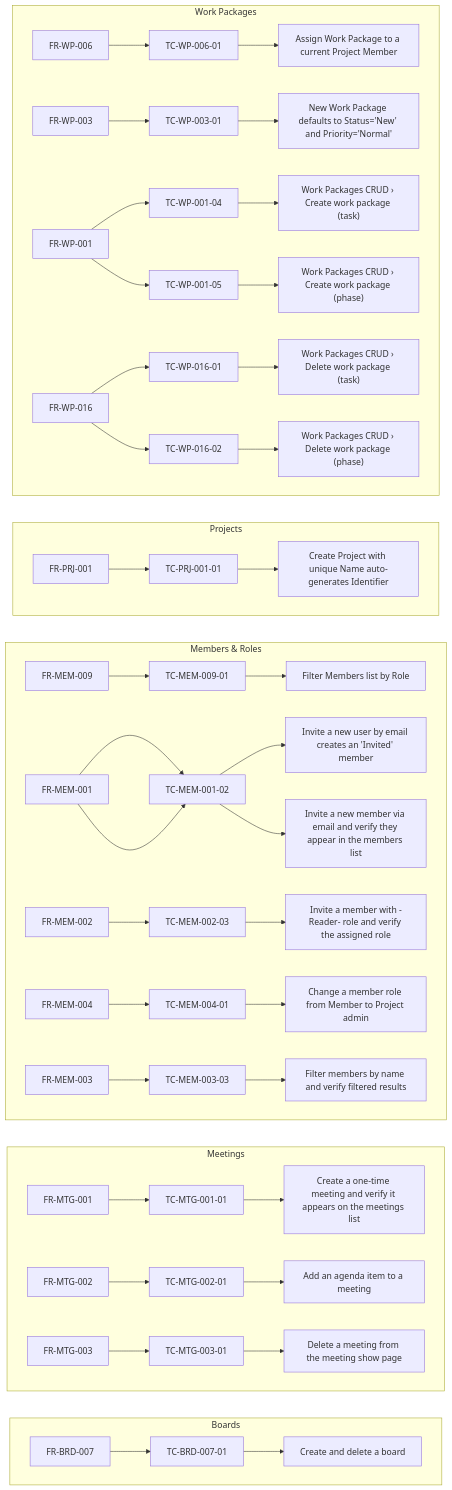
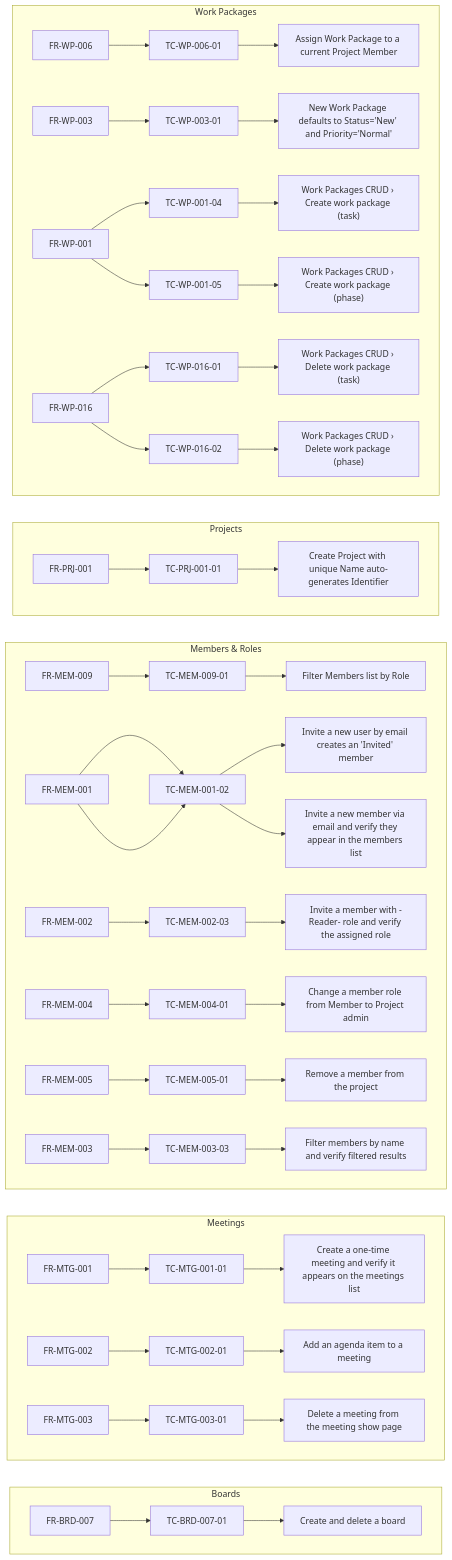
One commit to Top-Q/playwright-typescript changed the fourth of 4 diagrams in specs/product/vault/Dashboard.md. Above: the diagram before and after it, drawn with Mermaid. The commit also changed other lines of this file and 19 other files, not shown here.

First line of the commit message:
feat: removed member loses Member permissions; admin users page objects

````diff
--- a/specs/product/vault/Dashboard.md
+++ b/specs/product/vault/Dashboard.md
@@ -66,36 +66,37 @@
 ```mermaid
 flowchart LR
     subgraph M_boards["Boards"]
         direction LR
         R_FR_BRD_007["FR-BRD-007"] --> C_TC_BRD_007_01["TC-BRD-007-01"] --> T_Create_and_delete_a_board["Create and delete a board"]
     end
     subgraph M_meetings["Meetings"]
         direction LR
         R_FR_MTG_001["FR-MTG-001"] --> C_TC_MTG_001_01["TC-MTG-001-01"] --> T_Create_a_one_time_meeting_and_verify_it_appears_on_the_meetings_list["Create a one-time meeting and verify it appears on the meetings list"]
         R_FR_MTG_002["FR-MTG-002"] --> C_TC_MTG_002_01["TC-MTG-002-01"] --> T_Add_an_agenda_item_to_a_meeting["Add an agenda item to a meeting"]
         R_FR_MTG_003["FR-MTG-003"] --> C_TC_MTG_003_01["TC-MTG-003-01"] --> T_Delete_a_meeting_from_the_meeting_show_page["Delete a meeting from the meeting show page"]
     end
     subgraph M_members_roles["Members & Roles"]
         direction LR
         R_FR_MEM_009["FR-MEM-009"] --> C_TC_MEM_009_01["TC-MEM-009-01"] --> T_Filter_Members_list_by_Role["Filter Members list by Role"]
         R_FR_MEM_001["FR-MEM-001"] --> C_TC_MEM_001_02["TC-MEM-001-02"] --> T_Invite_a_new_user_by_email_creates_an__Invited__member["Invite a new user by email creates an 'Invited' member"]
         R_FR_MEM_001["FR-MEM-001"] --> C_TC_MEM_001_02["TC-MEM-001-02"] --> T_Invite_a_new_member_via_email_and_verify_they_appear_in_the_members_list["Invite a new member via email and verify they appear in the members list"]
         R_FR_MEM_002["FR-MEM-002"] --> C_TC_MEM_002_03["TC-MEM-002-03"] --> T_Invite_a_member_with__Reader__role_and_verify_the_assigned_role["Invite a member with -Reader- role and verify the assigned role"]
         R_FR_MEM_004["FR-MEM-004"] --> C_TC_MEM_004_01["TC-MEM-004-01"] --> T_Change_a_member_role_from_Member_to_Project_admin["Change a member role from Member to Project admin"]
+        R_FR_MEM_005["FR-MEM-005"] --> C_TC_MEM_005_01["TC-MEM-005-01"] --> T_Remove_a_member_from_the_project["Remove a member from the project"]
         R_FR_MEM_003["FR-MEM-003"] --> C_TC_MEM_003_03["TC-MEM-003-03"] --> T_Filter_members_by_name_and_verify_filtered_results["Filter members by name and verify filtered results"]
     end
     subgraph M_projects["Projects"]
         direction LR
         R_FR_PRJ_001["FR-PRJ-001"] --> C_TC_PRJ_001_01["TC-PRJ-001-01"] --> T_Create_Project_with_unique_Name_auto_generates_Identifier["Create Project with unique Name auto-generates Identifier"]
     end
     subgraph M_work_packages["Work Packages"]
         direction LR
         R_FR_WP_006["FR-WP-006"] --> C_TC_WP_006_01["TC-WP-006-01"] --> T_Assign_Work_Package_to_a_current_Project_Member["Assign Work Package to a current Project Member"]
         R_FR_WP_003["FR-WP-003"] --> C_TC_WP_003_01["TC-WP-003-01"] --> T_New_Work_Package_defaults_to_Status__New__and_Priority__Normal_["New Work Package defaults to Status='New' and Priority='Normal'"]
         R_FR_WP_001["FR-WP-001"] --> C_TC_WP_001_04["TC-WP-001-04"] --> T_Work_Packages_CRUD___Create_work_package__task_["Work Packages CRUD › Create work package (task)"]
         R_FR_WP_016["FR-WP-016"] --> C_TC_WP_016_01["TC-WP-016-01"] --> T_Work_Packages_CRUD___Delete_work_package__task_["Work Packages CRUD › Delete work package (task)"]
         R_FR_WP_001["FR-WP-001"] --> C_TC_WP_001_05["TC-WP-001-05"] --> T_Work_Packages_CRUD___Create_work_package__phase_["Work Packages CRUD › Create work package (phase)"]
         R_FR_WP_016["FR-WP-016"] --> C_TC_WP_016_02["TC-WP-016-02"] --> T_Work_Packages_CRUD___Delete_work_package__phase_["Work Packages CRUD › Delete work package (phase)"]
     end
-    class R_FR_BRD_007,C_TC_BRD_007_01,T_Create_and_delete_a_board,R_FR_MTG_001,C_TC_MTG_001_01,T_Create_a_one_time_meeting_and_verify_it_appears_on_the_meetings_list,R_FR_MTG_002,C_TC_MTG_002_01,T_Add_an_agenda_item_to_a_meeting,R_FR_MTG_003,C_TC_MTG_003_01,T_Delete_a_meeting_from_the_meeting_show_page,R_FR_MEM_009,C_TC_MEM_009_01,T_Filter_Members_list_by_Role,R_FR_MEM_001,C_TC_MEM_001_02,T_Invite_a_new_user_by_email_creates_an__Invited__member,T_Invite_a_new_member_via_email_and_verify_they_appear_in_the_members_list,R_FR_MEM_002,C_TC_MEM_002_03,T_Invite_a_member_with__Reader__role_and_verify_the_assigned_role,R_FR_MEM_004,C_TC_MEM_004_01,T_Change_a_member_role_from_Member_to_Project_admin,R_FR_MEM_003,C_TC_MEM_003_03,T_Filter_members_by_name_and_verify_filtered_results,R_FR_PRJ_001,C_TC_PRJ_001_01,T_Create_Project_with_unique_Name_auto_generates_Identifier,R_FR_WP_006,C_TC_WP_006_01,T_Assign_Work_Package_to_a_current_Project_Member,R_FR_WP_003,C_TC_WP_003_01,T_New_Work_Package_defaults_to_Status__New__and_Priority__Normal_,R_FR_WP_001,C_TC_WP_001_04,T_Work_Packages_CRUD___Create_work_package__task_,R_FR_WP_016,C_TC_WP_016_01,T_Work_Packages_CRUD___Delete_work_package__task_,C_TC_WP_001_05,T_Work_Packages_CRUD___Create_work_package__phase_,C_TC_WP_016_02,T_Work_Packages_CRUD___Delete_work_package__phase_ internal-link;
+    class R_FR_BRD_007,C_TC_BRD_007_01,T_Create_and_delete_a_board,R_FR_MTG_001,C_TC_MTG_001_01,T_Create_a_one_time_meeting_and_verify_it_appears_on_the_meetings_list,R_FR_MTG_002,C_TC_MTG_002_01,T_Add_an_agenda_item_to_a_meeting,R_FR_MTG_003,C_TC_MTG_003_01,T_Delete_a_meeting_from_the_meeting_show_page,R_FR_MEM_009,C_TC_MEM_009_01,T_Filter_Members_list_by_Role,R_FR_MEM_001,C_TC_MEM_001_02,T_Invite_a_new_user_by_email_creates_an__Invited__member,T_Invite_a_new_member_via_email_and_verify_they_appear_in_the_members_list,R_FR_MEM_002,C_TC_MEM_002_03,T_Invite_a_member_with__Reader__role_and_verify_the_assigned_role,R_FR_MEM_004,C_TC_MEM_004_01,T_Change_a_member_role_from_Member_to_Project_admin,R_FR_MEM_005,C_TC_MEM_005_01,T_Remove_a_member_from_the_project,R_FR_MEM_003,C_TC_MEM_003_03,T_Filter_members_by_name_and_verify_filtered_results,R_FR_PRJ_001,C_TC_PRJ_001_01,T_Create_Project_with_unique_Name_auto_generates_Identifier,R_FR_WP_006,C_TC_WP_006_01,T_Assign_Work_Package_to_a_current_Project_Member,R_FR_WP_003,C_TC_WP_003_01,T_New_Work_Package_defaults_to_Status__New__and_Priority__Normal_,R_FR_WP_001,C_TC_WP_001_04,T_Work_Packages_CRUD___Create_work_package__task_,R_FR_WP_016,C_TC_WP_016_01,T_Work_Packages_CRUD___Delete_work_package__task_,C_TC_WP_001_05,T_Work_Packages_CRUD___Create_work_package__phase_,C_TC_WP_016_02,T_Work_Packages_CRUD___Delete_work_package__phase_ internal-link;
 ```
````
